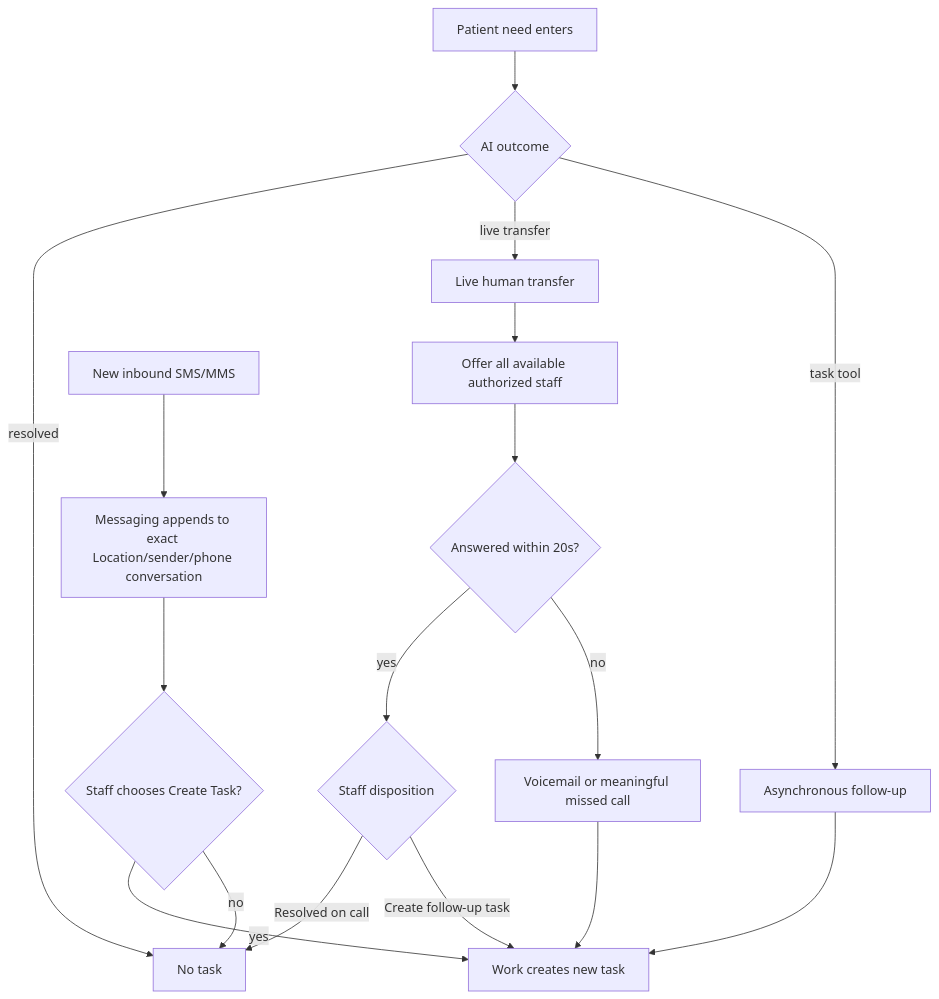
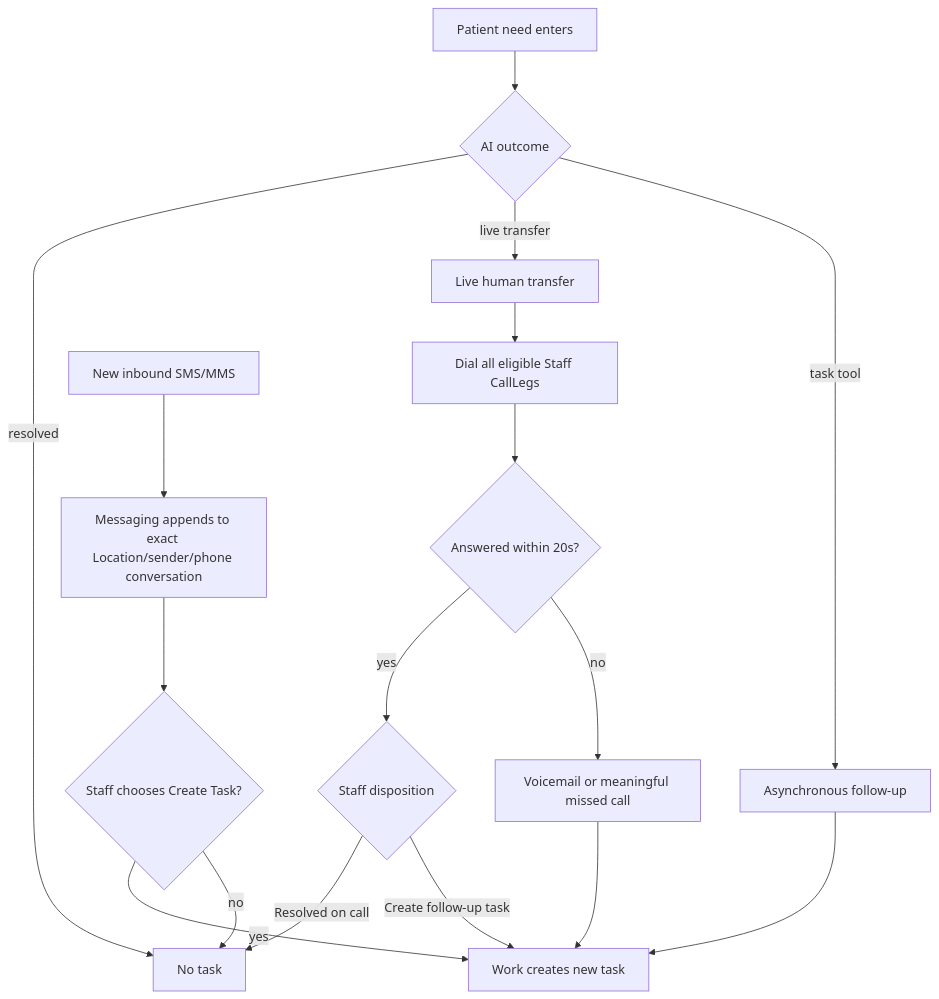
The fourth of 8 diagrams in docs/architecture/overview.md (chasef07/acuity_product), drawn with Mermaid before and after one commit. The commit also changed other lines of this file and 94 other files, not shown here.

````diff
--- a/docs/architecture/overview.md
+++ b/docs/architecture/overview.md
@@ -229,35 +229,35 @@
 ```mermaid
 flowchart TD
     Need["Patient need enters"]
     AI{"AI outcome"}
     Human["Live human transfer"]
     Async["Asynchronous follow-up"]
-    Offer["Offer all available authorized staff"]
+    Fanout["Dial all eligible Staff CallLegs"]
     Answered{"Answered within 20s?"}
     Disposition{"Staff disposition"}
     Voicemail["Voicemail or meaningful missed call"]
     InboundSMS["New inbound SMS/MMS"]
     Conversation["Messaging appends to exact Location/sender/phone conversation"]
     Explicit{"Staff chooses Create Task?"}
     Work["Work creates new task"]
     NoTask["No task"]
 
     Need --> AI
     AI -->|"resolved"| NoTask
     AI -->|"live transfer"| Human
     AI -->|"task tool"| Async
     Async --> Work
 
-    Human --> Offer
-    Offer --> Answered
+    Human --> Fanout
+    Fanout --> Answered
     Answered -->|"yes"| Disposition
     Answered -->|"no"| Voicemail
     Disposition -->|"Resolved on call"| NoTask
     Disposition -->|"Create follow-up task"| Work
     Voicemail --> Work
 
     InboundSMS --> Conversation
     Conversation --> Explicit
     Explicit -->|"yes"| Work
     Explicit -->|"no"| NoTask
 ```
````
